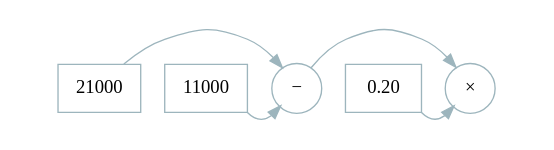
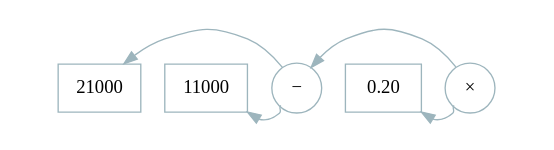
One commit to triangle-man/intro-to-cellular-talk changed the diagram in images/graphviz/eg-tax-calc-expression-tree-linear.dot. Above: the diagram before and after it, drawn with Graphviz. The commit also changed 4 other files, not shown here.

Commit message:
Change graph directions

```diff
--- a/images/graphviz/eg-tax-calc-expression-tree-linear.dot
+++ b/images/graphviz/eg-tax-calc-expression-tree-linear.dot
@@ -1,35 +1,36 @@
 digraph taxcalc {
 
 graph [rankdir = "TB";
        pad = "0.5,0.2";
        ]
 
-edge [color = "#9db5bd"];
+       edge [color = "#9db5bd";
+	     dir = back];
 
 node [shape = circle;
       color = "#9db5bd";]
 
       {rank=same; 
 	      
 	      "21000" [shape=box];
 	      "11000" [shape=box];
 	      "−";
 	      " 0.20 " [shape=box];
 	      "×";
 	      } [ordering="out";
 		 style=invis;
 		 ]
       
      
      "21000" -> "−";
      
      "11000" -> "−" [tailport=se;
 		     headport=sw]
      " 0.20 " -> "×" [tailport=se;
 		      headport=sw]
 
 		      "−" -> "×";
 		      "−" -> " 0.20 " [style=invis];
 		      
 
 }
```
